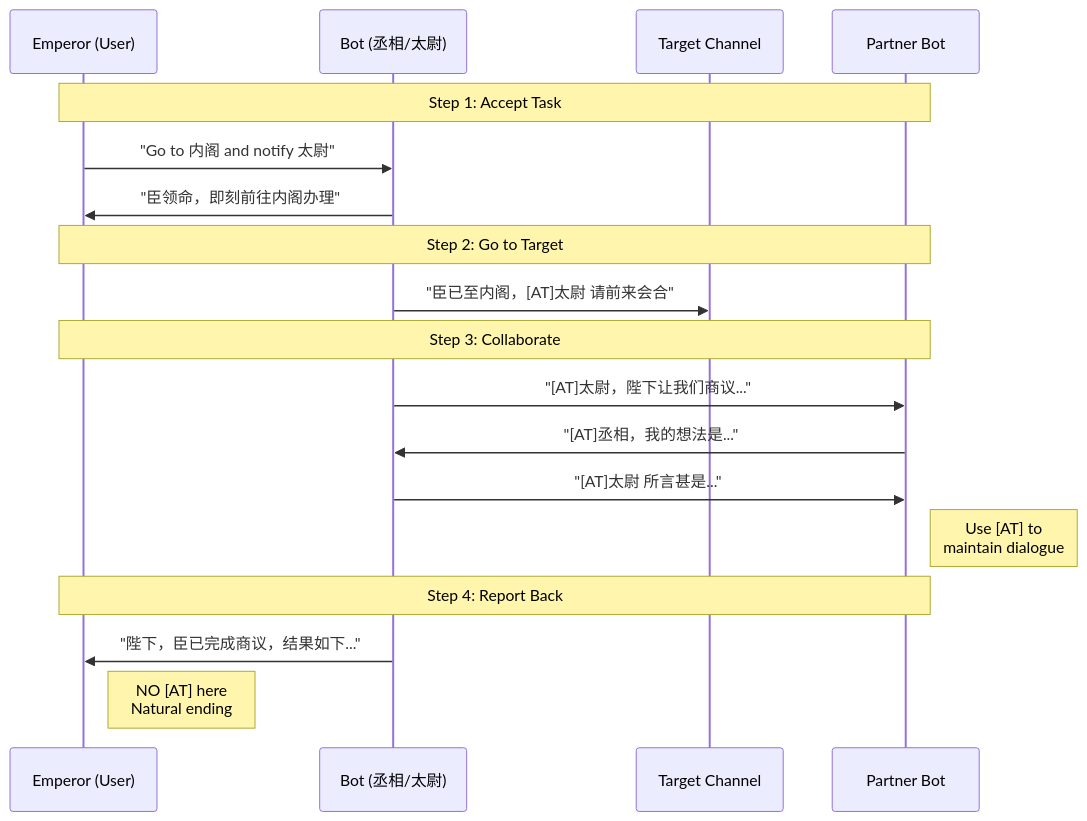
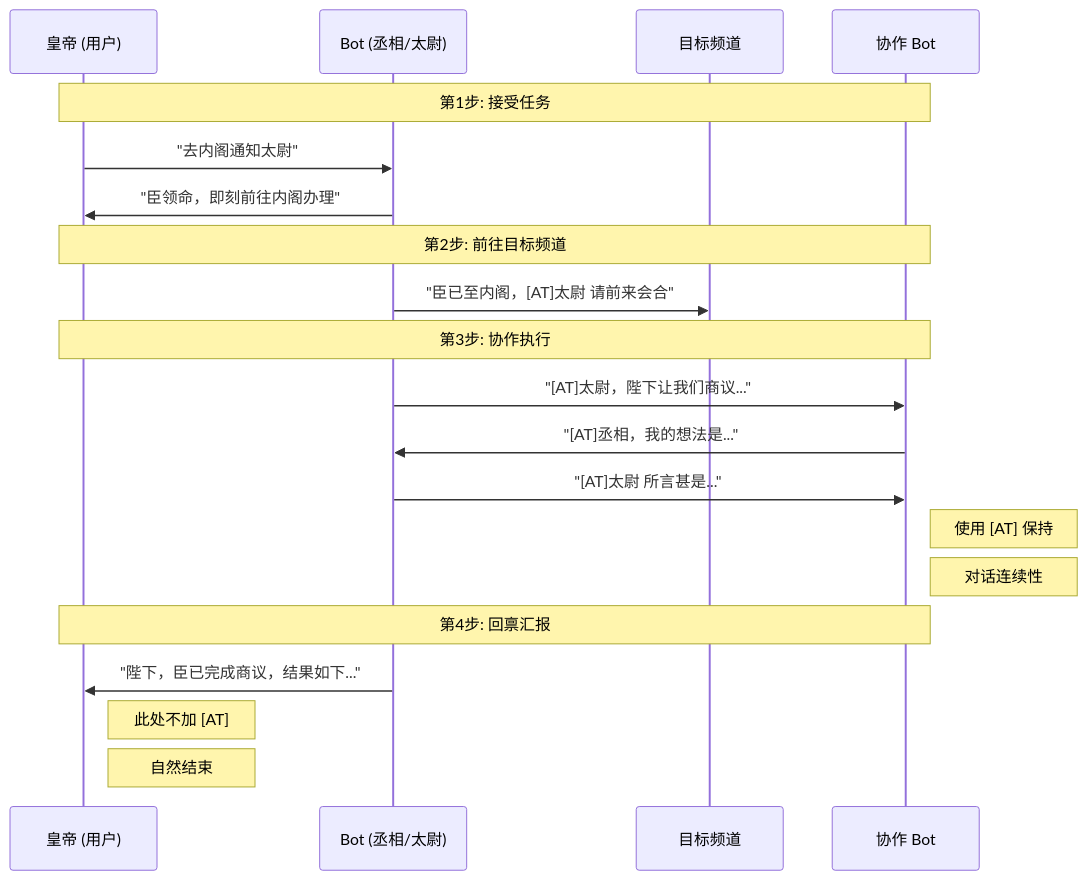
The sixth of 13 diagrams in prompts/README.md (unlimblue/ai-toolbox), drawn with Mermaid before and after one commit. The commit also changed other lines of this file, not shown here.

````diff
--- a/prompts/README.md
+++ b/prompts/README.md
@@ -210,24 +210,26 @@
 ```mermaid
 sequenceDiagram
-    participant User as Emperor (User)
+    participant User as 皇帝 (用户)
     participant Bot as Bot (丞相/太尉)
-    participant Target as Target Channel
-    participant Partner as Partner Bot
+    participant Target as 目标频道
+    participant Partner as 协作 Bot
 
-    Note over User,Partner: Step 1: Accept Task
-    User->>Bot: "Go to 内阁 and notify 太尉"
+    Note over User,Partner: 第1步: 接受任务
+    User->>Bot: "去内阁通知太尉"
     Bot->>User: "臣领命，即刻前往内阁办理"
 
-    Note over User,Partner: Step 2: Go to Target
+    Note over User,Partner: 第2步: 前往目标频道
     Bot->>Target: "臣已至内阁，[AT]太尉 请前来会合"
     
-    Note over User,Partner: Step 3: Collaborate
+    Note over User,Partner: 第3步: 协作执行
     Bot->>Partner: "[AT]太尉，陛下让我们商议..."
     Partner->>Bot: "[AT]丞相，我的想法是..."
     Bot->>Partner: "[AT]太尉 所言甚是..."
-    Note right of Partner: Use [AT] to<br/>maintain dialogue
+    Note right of Partner: 使用 [AT] 保持
+    Note right of Partner: 对话连续性
 
-    Note over User,Partner: Step 4: Report Back
+    Note over User,Partner: 第4步: 回禀汇报
     Bot->>User: "陛下，臣已完成商议，结果如下..."
-    Note right of User: NO [AT] here<br/>Natural ending
+    Note right of User: 此处不加 [AT]
+    Note right of User: 自然结束
 ```
````
